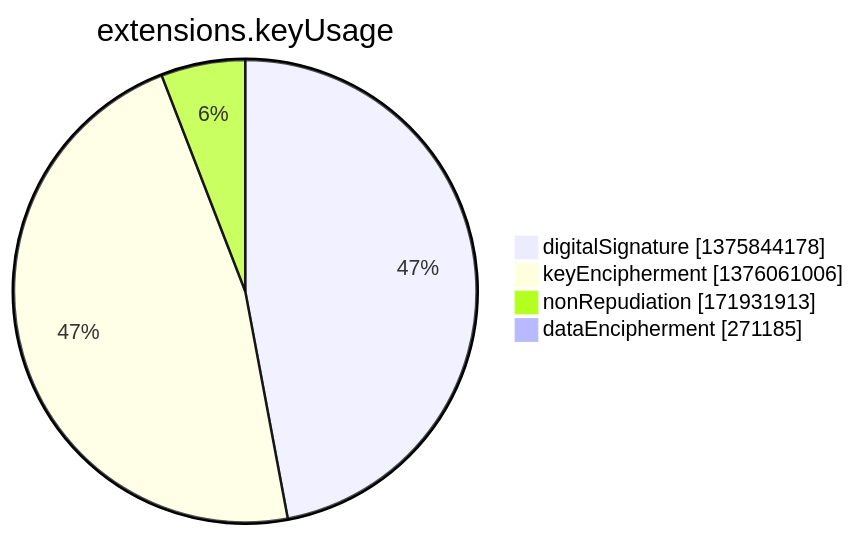
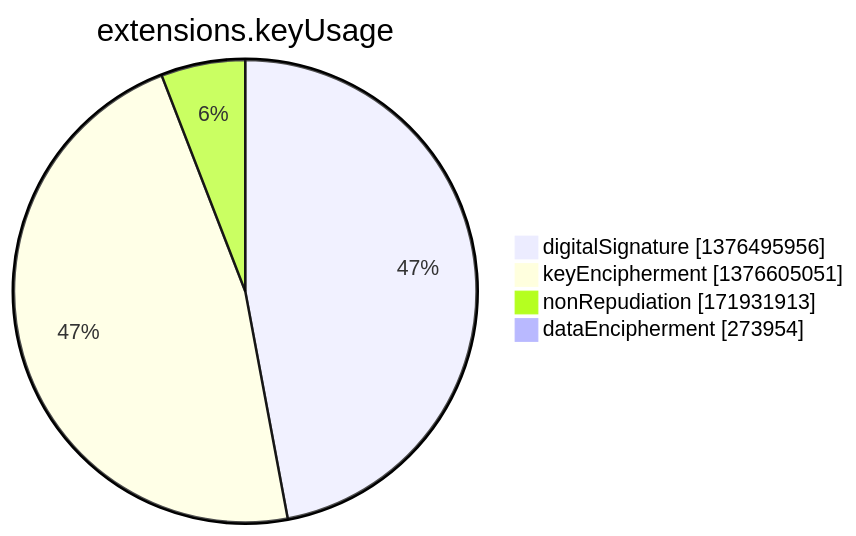
Before and after one commit to christiankrug/ctmonitor_visualization: the seventh of 15 diagrams in argon2022/README.md, drawn with Mermaid. The commit also changed other lines of this file, not shown here.

````diff
--- a/argon2022/README.md
+++ b/argon2022/README.md
@@ -2751,8 +2751,8 @@
 ```mermaid
 pie showData
 title extensions.keyUsage
-"digitalSignature" :1375844178
-"keyEncipherment" :1376061006
+"digitalSignature" :1376495956
+"keyEncipherment" :1376605051
 "nonRepudiation" :171931913
-"dataEncipherment" :271185
+"dataEncipherment" :273954
 ```
````
